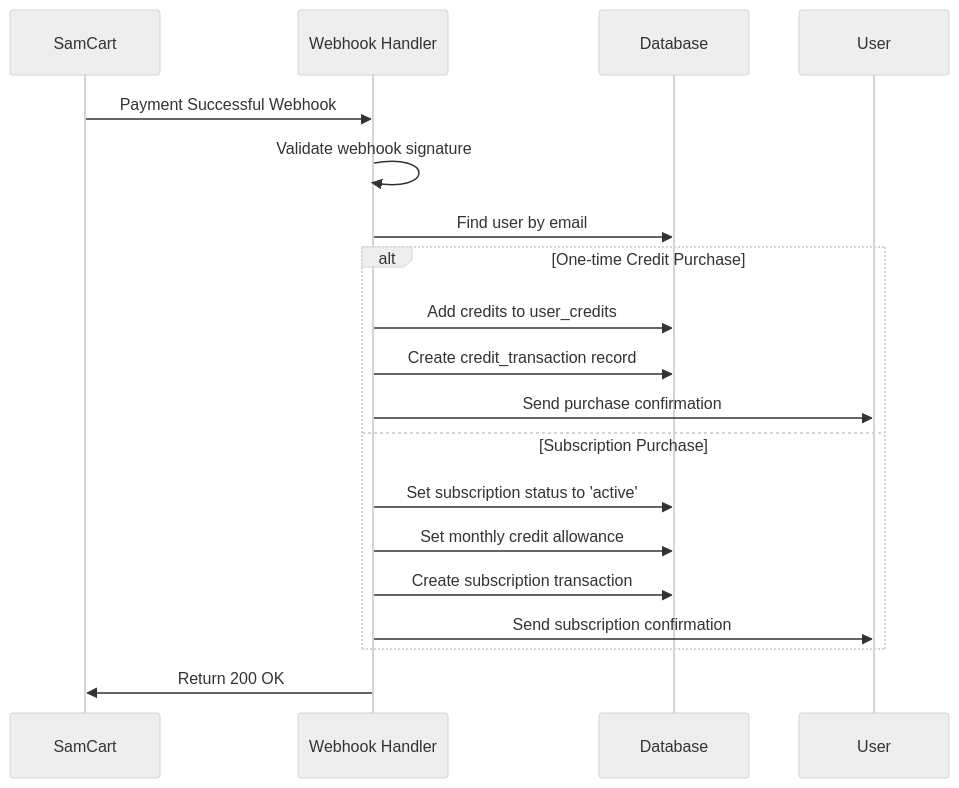
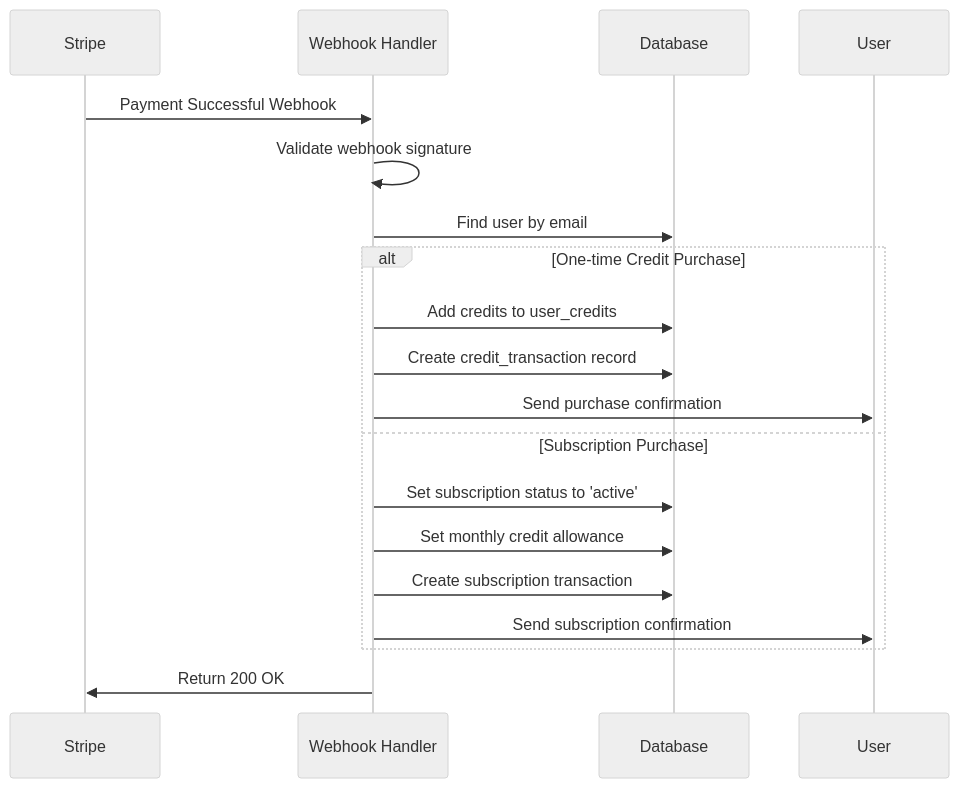
One commit to TrendpilotAI/flip-my-era changed the second of 5 diagrams in DOCS/PHASE_1A_ARCHITECTURE.md. Above: the diagram before and after it, drawn with Mermaid (neutral theme). The commit also changed other lines of this file and 35 other files, not shown here.

````diff
--- a/DOCS/PHASE_1A_ARCHITECTURE.md
+++ b/DOCS/PHASE_1A_ARCHITECTURE.md
@@ -307,24 +307,24 @@
 ```mermaid
 sequenceDiagram
-    participant SC as SamCart
+    participant SC as Stripe
     participant WH as Webhook Handler
     participant DB as Database
     participant USER as User
 
     SC->>WH: Payment Successful Webhook
     WH->>WH: Validate webhook signature
     WH->>DB: Find user by email
     
     alt One-time Credit Purchase
         WH->>DB: Add credits to user_credits
         WH->>DB: Create credit_transaction record
         WH->>USER: Send purchase confirmation
     else Subscription Purchase
         WH->>DB: Set subscription status to 'active'
         WH->>DB: Set monthly credit allowance
         WH->>DB: Create subscription transaction
         WH->>USER: Send subscription confirmation
     end
     
     WH->>SC: Return 200 OK
 ```
````
